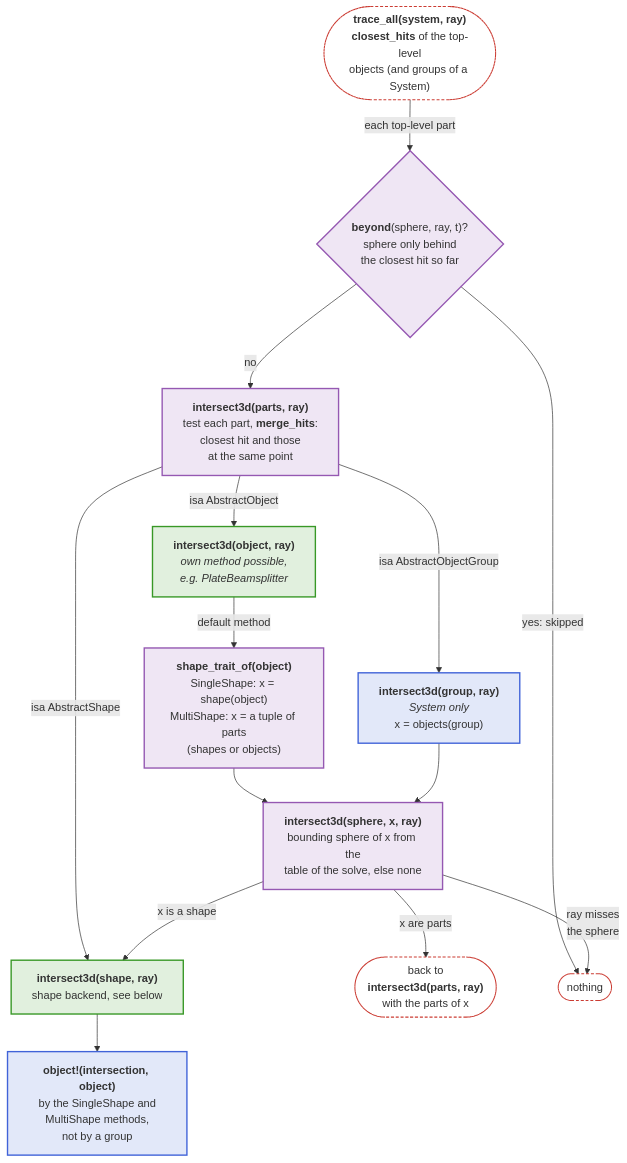
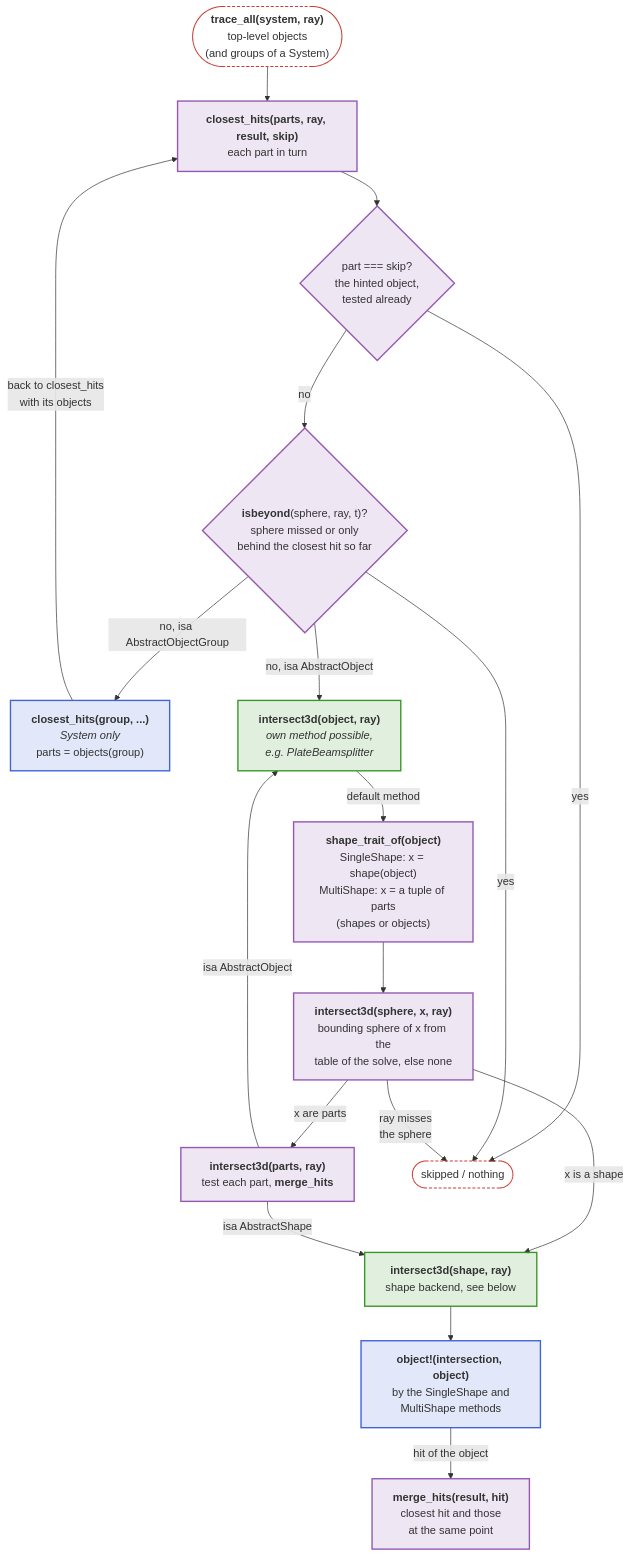
The second of 6 diagrams in docs/src/api/core.md (JuliaPhysics/BeamletOptics.jl), drawn with Mermaid before and after one commit. The commit also changed 8 other files, not shown here.

First line of the commit message:
Bugfix: hinted objects in groups tested once, skip applies within groups (#177 review)

````diff
--- a/docs/src/api/core.md
+++ b/docs/src/api/core.md
@@ -63,37 +63,42 @@
 ```mermaid
 flowchart TB
-    TA(["<b>trace_all(system, ray)</b><br/><b>closest_hits</b> of the top-level<br/>objects (and groups of a System)"])
-    BY{"<b>beyond</b>(sphere, ray, t)?<br/>sphere only behind<br/>the closest hit so far"}
-    P["<b>intersect3d(parts, ray)</b><br/>test each part, <b>merge_hits</b>:<br/>closest hit and those<br/>at the same point"]
-    G["<b>intersect3d(group, ray)</b><br/><i>System only</i><br/>x = objects(group)"]
+    TA(["<b>trace_all(system, ray)</b><br/>top-level objects<br/>(and groups of a System)"])
+    CH["<b>closest_hits(parts, ray, result, skip)</b><br/>each part in turn"]
+    SK{"part === skip?<br/>the hinted object,<br/>tested already"}
+    BY{"<b>isbeyond</b>(sphere, ray, t)?<br/>sphere missed or only<br/>behind the closest hit so far"}
+    G["<b>closest_hits(group, ...)</b><br/><i>System only</i><br/>parts = objects(group)"]
     OJ["<b>intersect3d(object, ray)</b><br/><i>own method possible,<br/>e.g. PlateBeamsplitter</i>"]
+    M["<b>merge_hits(result, hit)</b><br/>closest hit and those<br/>at the same point"]
     T["<b>shape_trait_of(object)</b><br/>SingleShape: x = shape(object)<br/>MultiShape: x = a tuple of parts<br/>(shapes or objects)"]
     PT["<b>intersect3d(sphere, x, ray)</b><br/>bounding sphere of x from the<br/>table of the solve, else none"]
+    P["<b>intersect3d(parts, ray)</b><br/>test each part, <b>merge_hits</b>"]
     SH["<b>intersect3d(shape, ray)</b><br/>shape backend, see below"]
-    OBJ["<b>object!(intersection, object)</b><br/>by the SingleShape and<br/>MultiShape methods,<br/>not by a group"]
-    AGAIN(["back to<br/><b>intersect3d(parts, ray)</b><br/>with the parts of x"])
-    MISS(["nothing"])
+    OBJ["<b>object!(intersection, object)</b><br/>by the SingleShape and<br/>MultiShape methods"]
+    MISS(["skipped / nothing"])
 
-    TA -- "each top-level part" --> BY
-    BY -- "yes: skipped" --> MISS
-    BY -- no --> P
-    P -- "isa AbstractObject" --> OJ
-    P -- "isa AbstractObjectGroup" --> G
-    P -- "isa AbstractShape" --> SH
+    TA --> CH --> SK
+    SK -- yes --> MISS
+    SK -- no --> BY
+    BY -- yes --> MISS
+    BY -- "no, isa AbstractObjectGroup" --> G
+    G -- "back to closest_hits<br/>with its objects" --> CH
+    BY -- "no, isa AbstractObject" --> OJ
     OJ -- "default method" --> T
     T --> PT
-    G --> PT
     PT -- "x is a shape" --> SH
-    PT -- "x are parts" --> AGAIN
+    PT -- "x are parts" --> P
     PT -- "ray misses<br/>the sphere" --> MISS
+    P -- "isa AbstractShape" --> SH
+    P -- "isa AbstractObject" --> OJ
     SH --> OBJ
+    OBJ -- "hit of the object" --> M
 
     classDef blue fill:#4063D826,stroke:#4063D8,stroke-width:2px
     classDef green fill:#38982626,stroke:#389826,stroke-width:2px
     classDef purple fill:#9558B226,stroke:#9558B2,stroke-width:2px
     classDef terminal fill:transparent,stroke:#CB3C33,stroke-width:1.5px,stroke-dasharray:4 3
     class G,OBJ blue
     class OJ,SH green
-    class P,T,PT,BY purple
-    class TA,AGAIN,MISS terminal
+    class CH,SK,BY,M,P,T,PT purple
+    class TA,MISS terminal
 ```
````
